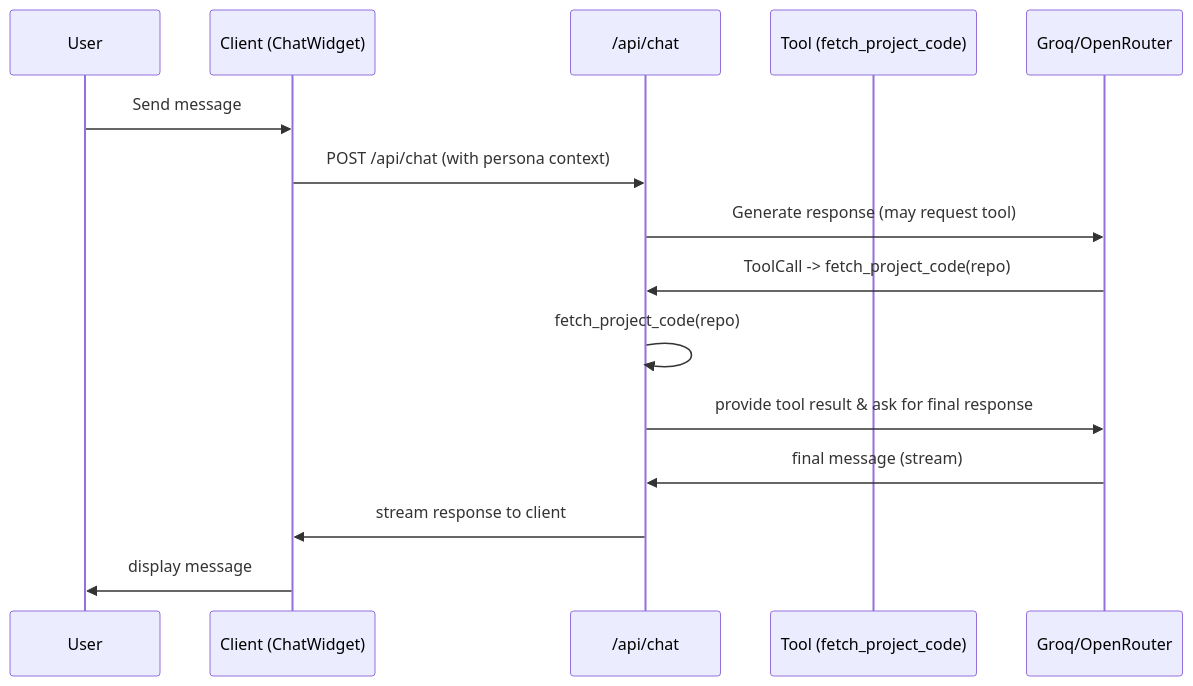
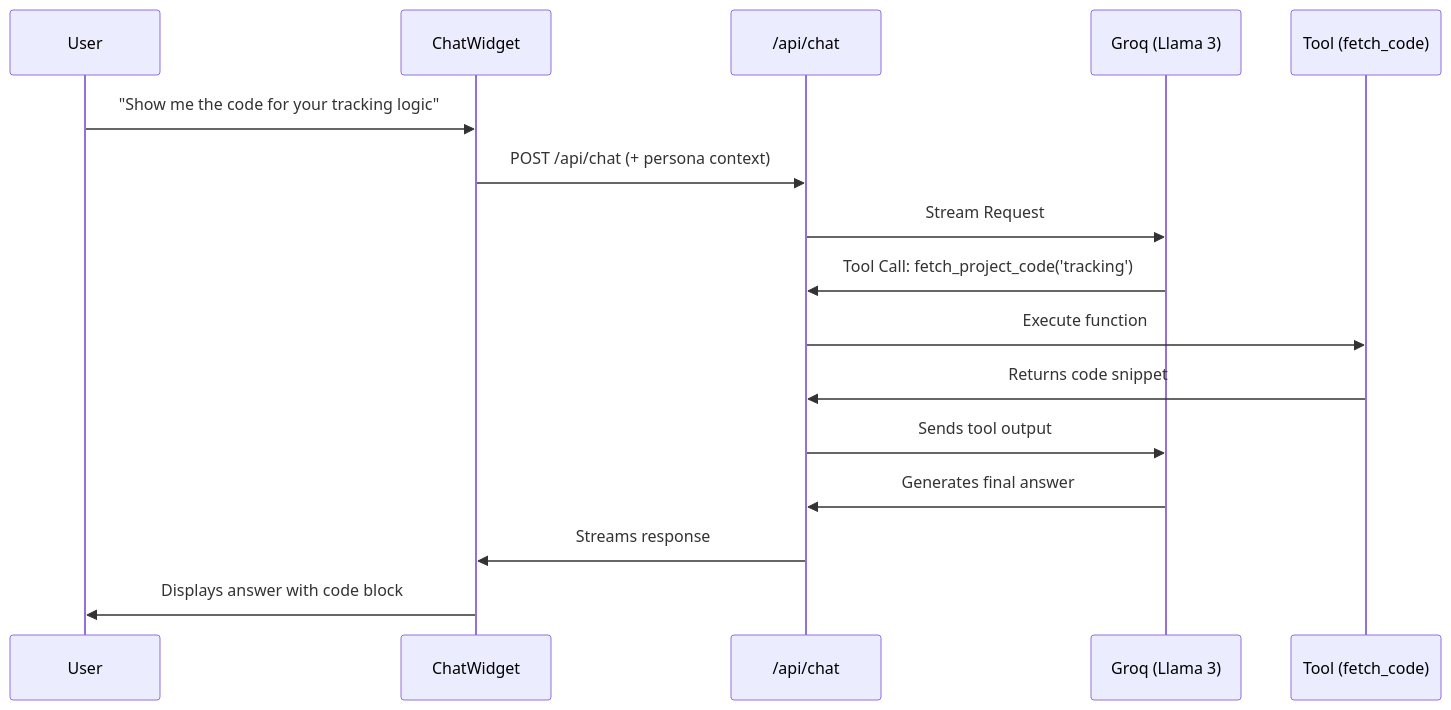
Before and after one commit to x-TheFox/portfolio: the fifth of 8 diagrams in docs/architecture.md, drawn with Mermaid. The commit also changed other lines of this file, not shown here.

First line of the commit message:
Revise architecture documentation with new diagrams

````diff
--- a/docs/architecture.md
+++ b/docs/architecture.md
@@ -246,18 +193,19 @@
 ```mermaid
 sequenceDiagram
   participant U as User
-  participant C as Client (ChatWidget)
+  participant C as ChatWidget
   participant S as /api/chat
-  participant T as Tool (fetch_project_code)
-  participant AI as Groq/OpenRouter
+  participant AI as Groq (Llama 3)
+  participant T as Tool (fetch_code)
 
-  U->>C: Send message
-  C->>S: POST /api/chat (with persona context)
-  S->>AI: Generate response (may request tool)
-  AI->>S: ToolCall -> fetch_project_code(repo)
-  S->>S: fetch_project_code(repo)
-  S->>AI: provide tool result & ask for final response
-  AI->>S: final message (stream)
-  S->>C: stream response to client
-  C->>U: display message
+  U->>C: "Show me the code for your tracking logic"
+  C->>S: POST /api/chat (+ persona context)
+  S->>AI: Stream Request
+  AI->>S: Tool Call: fetch_project_code('tracking')
+  S->>T: Execute function
+  T->>S: Returns code snippet
+  S->>AI: Sends tool output
+  AI->>S: Generates final answer
+  S->>C: Streams response
+  C->>U: Displays answer with code block
 ```
````
